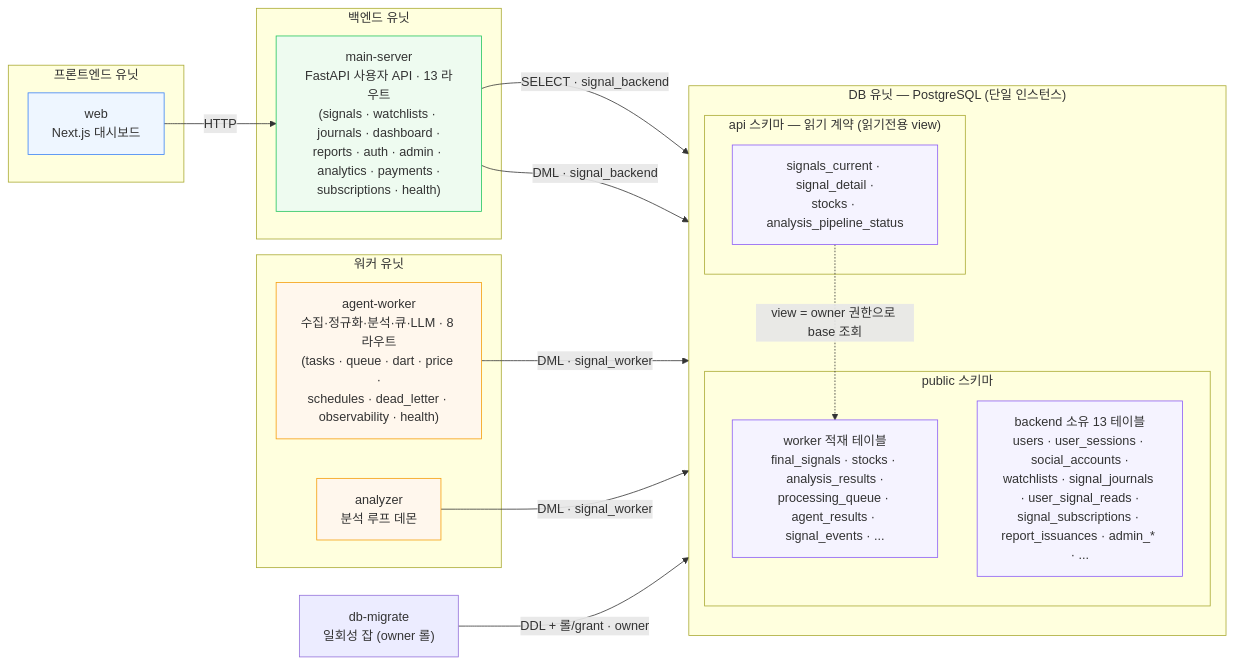
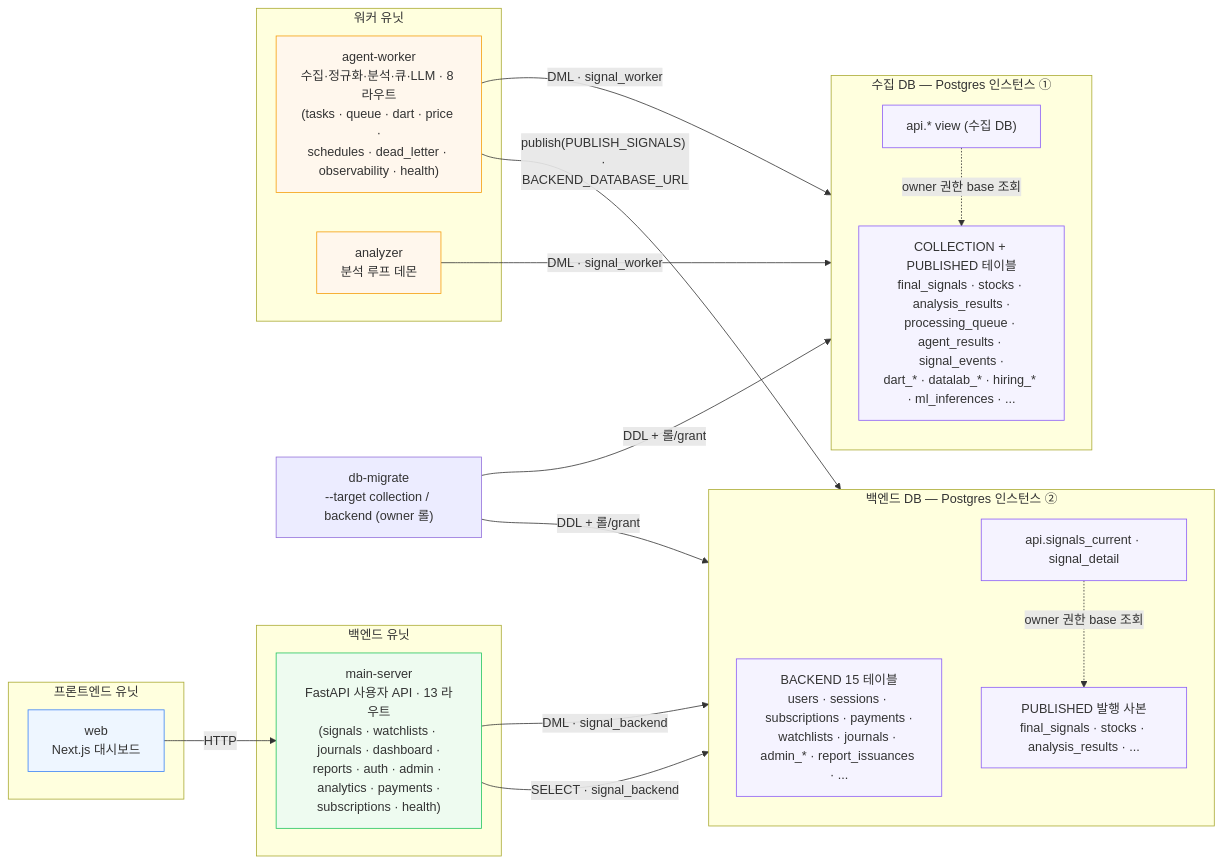
Before and after one commit to AIX14-3/signal-alpha: the first of 3 diagrams in docs/architecture-diagram.md, drawn with Mermaid. The commit also changed other lines of this file and 61 other files, not shown here.

````diff
--- a/docs/architecture-diagram.md
+++ b/docs/architecture-diagram.md
@@ -11,45 +13,50 @@
 ```mermaid
 flowchart LR
     subgraph FE["프론트엔드 유닛"]
         web["web<br/>Next.js 대시보드"]
     end
 
     subgraph BE["백엔드 유닛"]
         ms["main-server<br/>FastAPI 사용자 API · 13 라우트<br/>(signals · watchlists · journals · dashboard ·<br/>reports · auth · admin · analytics · payments ·<br/>subscriptions · health)"]
     end
 
     subgraph WK["워커 유닛"]
         aw["agent-worker<br/>수집·정규화·분석·큐·LLM · 8 라우트<br/>(tasks · queue · dart · price ·<br/>schedules · dead_letter · observability · health)"]
         an["analyzer<br/>분석 루프 데몬"]
     end
 
-    subgraph DBU["DB 유닛 — PostgreSQL (단일 인스턴스)"]
+    subgraph CDB["수집 DB — Postgres 인스턴스 ①"]
         direction TB
-        subgraph PUB["public 스키마"]
-            wt["worker 적재 테이블<br/>final_signals · stocks · analysis_results ·<br/>processing_queue · agent_results · signal_events · ..."]
-            bt["backend 소유 13 테이블<br/>users · user_sessions · social_accounts ·<br/>watchlists · signal_journals · user_signal_reads ·<br/>signal_subscriptions · report_issuances · admin_* · ..."]
-        end
-        subgraph API["api 스키마 — 읽기 계약 (읽기전용 view)"]
-            v["signals_current · signal_detail ·<br/>stocks · analysis_pipeline_status"]
-        end
-        v -. "view = owner 권한으로 base 조회" .-> wt
+        cwt["COLLECTION + PUBLISHED 테이블<br/>final_signals · stocks · analysis_results ·<br/>processing_queue · agent_results · signal_events ·<br/>dart_* · datalab_* · hiring_* · ml_inferences · ..."]
+        cv["api.* view (수집 DB)"]
+        cv -. "owner 권한 base 조회" .-> cwt
     end
 
-    mig["db-migrate<br/>일회성 잡 (owner 롤)"]
+    subgraph BDB["백엔드 DB — Postgres 인스턴스 ②"]
+        direction TB
+        bt["BACKEND 15 테이블<br/>users · sessions · subscriptions · payments ·<br/>watchlists · journals · admin_* · report_issuances · ..."]
+        bpub["PUBLISHED 발행 사본<br/>final_signals · stocks · analysis_results · ..."]
+        bv["api.signals_current · signal_detail"]
+        bv -. "owner 권한 base 조회" .-> bpub
+    end
+
+    mig["db-migrate<br/>--target collection / backend (owner 롤)"]
 
     web -- HTTP --> ms
-    ms -- "SELECT · signal_backend" --> v
+    ms -- "SELECT · signal_backend" --> bv
     ms -- "DML · signal_backend" --> bt
-    aw -- "DML · signal_worker" --> wt
-    an -- "DML · signal_worker" --> wt
-    mig -- "DDL + 롤/grant · owner" --> DBU
+    aw -- "DML · signal_worker" --> cwt
+    an -- "DML · signal_worker" --> cwt
+    aw -- "publish(PUBLISH_SIGNALS) · BACKEND_DATABASE_URL" --> bpub
+    mig -- "DDL + 롤/grant" --> CDB
+    mig -- "DDL + 롤/grant" --> BDB
 
     classDef fe fill:#eef6ff,stroke:#3b82f6;
     classDef be fill:#eefbf0,stroke:#22c55e;
     classDef wk fill:#fff7ed,stroke:#f59e0b;
     classDef db fill:#f5f3ff,stroke:#8b5cf6;
     class web fe;
     class ms be;
     class aw,an wk;
-    class wt,bt,v db;
+    class cwt,cv,bt,bpub,bv db;
 ```
````
